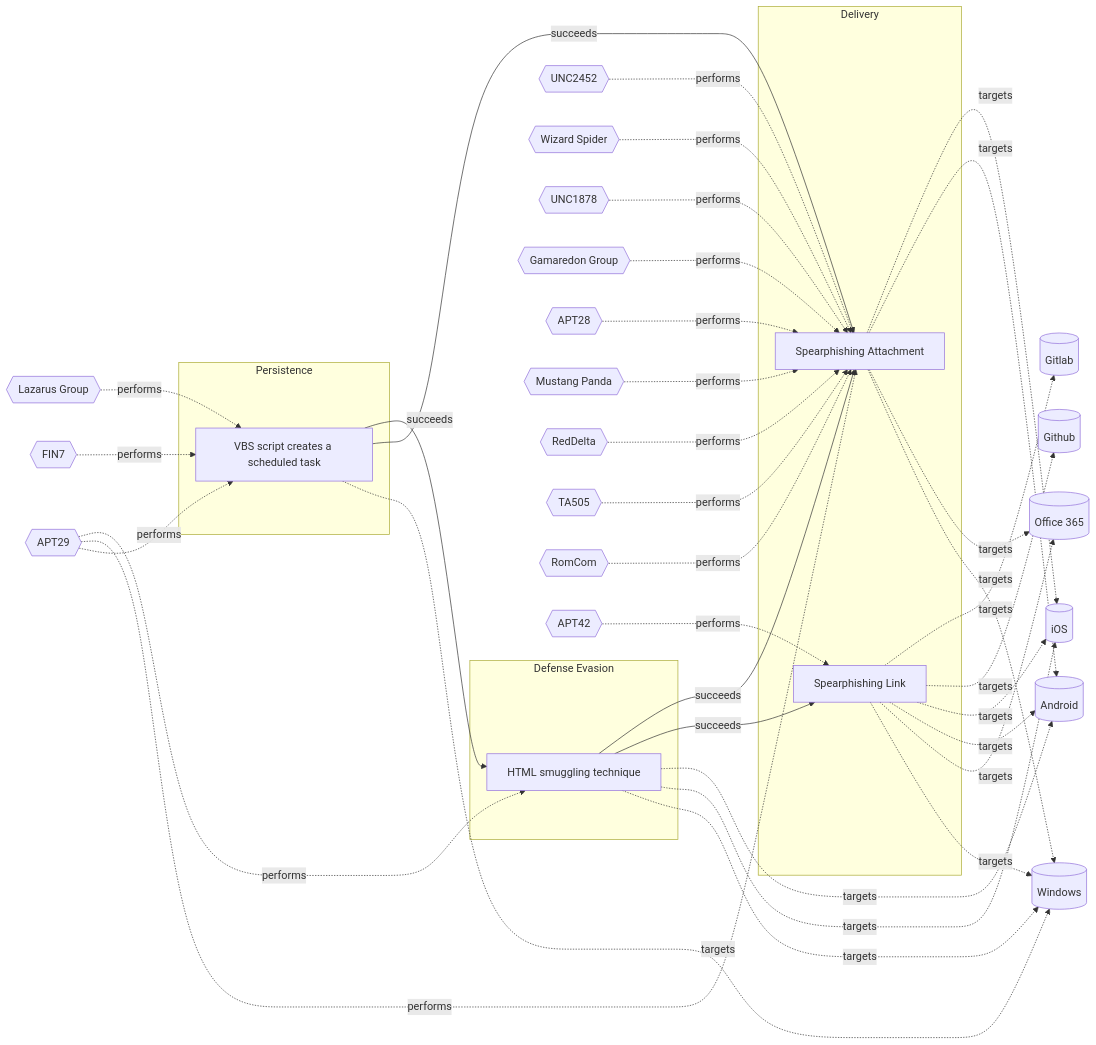
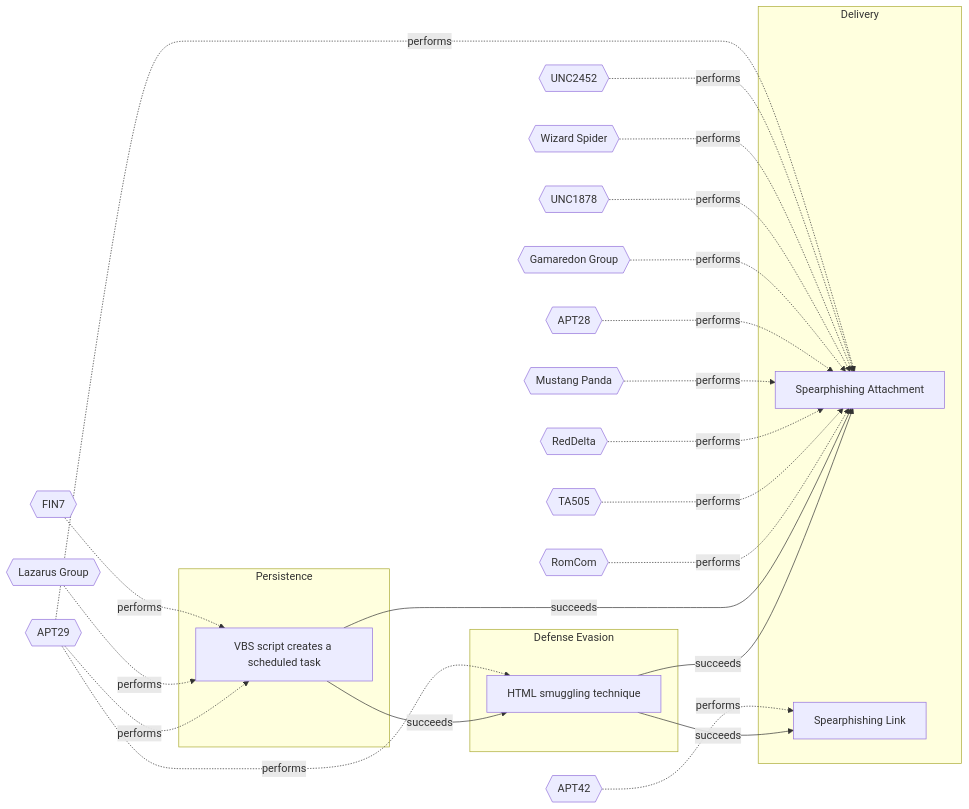
Before and after one commit to OpenTideHQ/WikiTide: the diagram in Models/Threat Vectors/☣️ VBS script creates a scheduled task.md, drawn with Mermaid. The commit also changed other lines of this file and 232 other files, not shown here.

````diff
--- a/Models/Threat Vectors/☣️ VBS script creates a scheduled task.md
+++ b/Models/Threat Vectors/☣️ VBS script creates a scheduled task.md
@@ -149,76 +149,56 @@
 ```mermaid
 
 flowchart LR
 
 53ca52ed-a7e7-4094-95ec-b4ef522dc689[VBS script creates a scheduled task]
 dd5d942c-bac4-4000-b9a6-ca4fef6cfb84[Spearphishing Attachment]
 c7ed4fad-a58f-47da-9938-4a673526b3f4[HTML smuggling technique]
 1a68b5eb-0112-424d-a21f-88dda0b6b8df[Spearphishing Link]
 
 subgraph Persistence
 53ca52ed-a7e7-4094-95ec-b4ef522dc689
 end
 subgraph Delivery
 dd5d942c-bac4-4000-b9a6-ca4fef6cfb84
 1a68b5eb-0112-424d-a21f-88dda0b6b8df
 end
 subgraph Defense Evasion
 c7ed4fad-a58f-47da-9938-4a673526b3f4
 end
 
-Windows[(Windows)]
-Office365[(Office 365)]
-Android[(Android)]
-iOS[(iOS)]
-Github[(Github)]
-Gitlab[(Gitlab)]
 FIN7{{FIN7}}
 LazarusGroup{{Lazarus Group}}
 APT29{{APT29}}
 UNC2452{{UNC2452}}
 WizardSpider{{Wizard Spider}}
 UNC1878{{UNC1878}}
 GamaredonGroup{{Gamaredon Group}}
 APT28{{APT28}}
 MustangPanda{{Mustang Panda}}
 RedDelta{{RedDelta}}
 TA505{{TA505}}
 RomCom{{RomCom}}
 APT42{{APT42}}
 
-53ca52ed-a7e7-4094-95ec-b4ef522dc689 -.->|targets| Windows
-dd5d942c-bac4-4000-b9a6-ca4fef6cfb84 -.->|targets| Windows
-dd5d942c-bac4-4000-b9a6-ca4fef6cfb84 -.->|targets| Office365
-dd5d942c-bac4-4000-b9a6-ca4fef6cfb84 -.->|targets| Android
-dd5d942c-bac4-4000-b9a6-ca4fef6cfb84 -.->|targets| iOS
-c7ed4fad-a58f-47da-9938-4a673526b3f4 -.->|targets| Windows
-c7ed4fad-a58f-47da-9938-4a673526b3f4 -.->|targets| iOS
-c7ed4fad-a58f-47da-9938-4a673526b3f4 -.->|targets| Android
-1a68b5eb-0112-424d-a21f-88dda0b6b8df -.->|targets| Windows
-1a68b5eb-0112-424d-a21f-88dda0b6b8df -.->|targets| Office365
-1a68b5eb-0112-424d-a21f-88dda0b6b8df -.->|targets| Android
-1a68b5eb-0112-424d-a21f-88dda0b6b8df -.->|targets| iOS
-1a68b5eb-0112-424d-a21f-88dda0b6b8df -.->|targets| Github
-1a68b5eb-0112-424d-a21f-88dda0b6b8df -.->|targets| Gitlab
 FIN7 -.-> |performs| 53ca52ed-a7e7-4094-95ec-b4ef522dc689
 LazarusGroup -.-> |performs| 53ca52ed-a7e7-4094-95ec-b4ef522dc689
 APT29 -.-> |performs| 53ca52ed-a7e7-4094-95ec-b4ef522dc689
 APT29 -.-> |performs| dd5d942c-bac4-4000-b9a6-ca4fef6cfb84
 UNC2452 -.-> |performs| dd5d942c-bac4-4000-b9a6-ca4fef6cfb84
 WizardSpider -.-> |performs| dd5d942c-bac4-4000-b9a6-ca4fef6cfb84
 UNC1878 -.-> |performs| dd5d942c-bac4-4000-b9a6-ca4fef6cfb84
 GamaredonGroup -.-> |performs| dd5d942c-bac4-4000-b9a6-ca4fef6cfb84
 APT28 -.-> |performs| dd5d942c-bac4-4000-b9a6-ca4fef6cfb84
 MustangPanda -.-> |performs| dd5d942c-bac4-4000-b9a6-ca4fef6cfb84
 RedDelta -.-> |performs| dd5d942c-bac4-4000-b9a6-ca4fef6cfb84
 TA505 -.-> |performs| dd5d942c-bac4-4000-b9a6-ca4fef6cfb84
 RomCom -.-> |performs| dd5d942c-bac4-4000-b9a6-ca4fef6cfb84
 APT29 -.-> |performs| c7ed4fad-a58f-47da-9938-4a673526b3f4
 APT42 -.-> |performs| 1a68b5eb-0112-424d-a21f-88dda0b6b8df
 
 53ca52ed-a7e7-4094-95ec-b4ef522dc689 -->|succeeds| dd5d942c-bac4-4000-b9a6-ca4fef6cfb84
 53ca52ed-a7e7-4094-95ec-b4ef522dc689 -->|succeeds| c7ed4fad-a58f-47da-9938-4a673526b3f4
 c7ed4fad-a58f-47da-9938-4a673526b3f4 -->|succeeds| 1a68b5eb-0112-424d-a21f-88dda0b6b8df
 c7ed4fad-a58f-47da-9938-4a673526b3f4 -->|succeeds| dd5d942c-bac4-4000-b9a6-ca4fef6cfb84
 
 ```
````
